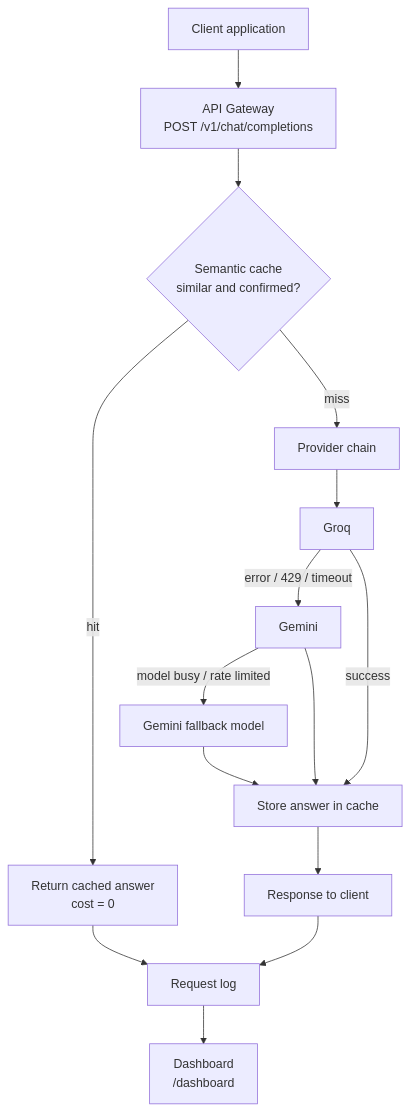
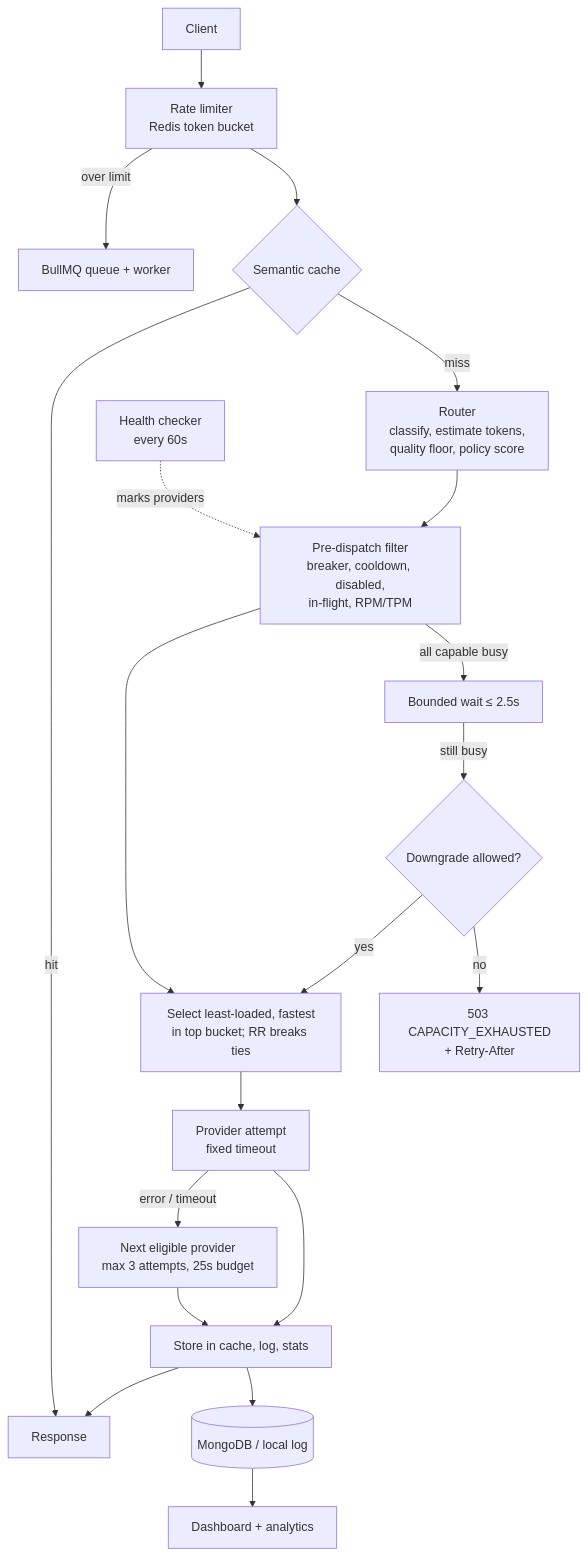
Before and after one commit to Asijain019/CortexGate: the diagram in README.md, drawn with Mermaid. The commit also changed other lines of this file and 3 other files, not shown here.

Commit message:
Docs: update README, progress log, project scope and env example for post-midterm features

````diff
--- a/README.md
+++ b/README.md
@@ -53,17 +45,21 @@
 ```mermaid
 flowchart TD
-    A[Client application] --> B[API Gateway<br/>POST /v1/chat/completions]
-    B --> C{Semantic cache<br/>similar and confirmed?}
-    C -- hit --> H[Return cached answer<br/>cost = 0]
-    C -- miss --> D[Provider chain]
-    D --> E[Groq]
-    E -- error / 429 / timeout --> F[Gemini]
-    F -- model busy / rate limited --> F2[Gemini fallback model]
-    F2 --> G[Store answer in cache]
-    E -- success --> G[Store answer in cache]
-    F --> G
-    G --> I[Response to client]
-    H --> J[Request log]
-    I --> J
-    J --> K[Dashboard<br/>/dashboard]
+    A[Client] --> RL[Rate limiter<br/>Redis token bucket]
+    RL -- over limit --> Q[BullMQ queue + worker]
+    RL --> C{Semantic cache}
+    C -- hit --> R[Response]
+    C -- miss --> RT[Router<br/>classify, estimate tokens,<br/>quality floor, policy score]
+    RT --> F[Pre-dispatch filter<br/>breaker, cooldown, disabled,<br/>in-flight, RPM/TPM]
+    F --> S[Select least-loaded, fastest<br/>in top bucket; RR breaks ties]
+    S --> P1[Provider attempt<br/>fixed timeout]
+    P1 -- error / timeout --> P2[Next eligible provider<br/>max 3 attempts, 25s budget]
+    F -- all capable busy --> W[Bounded wait ≤ 2.5s]
+    W -- still busy --> D{Downgrade allowed?}
+    D -- yes --> S
+    D -- no --> E[503 CAPACITY_EXHAUSTED<br/>+ Retry-After]
+    P1 --> ST[Store in cache, log, stats]
+    P2 --> ST
+    ST --> R
+    HC[Health checker<br/>every 60s] -. marks providers .-> F
+    ST --> DB[(MongoDB / local log)] --> UI[Dashboard + analytics]
 ```
````
